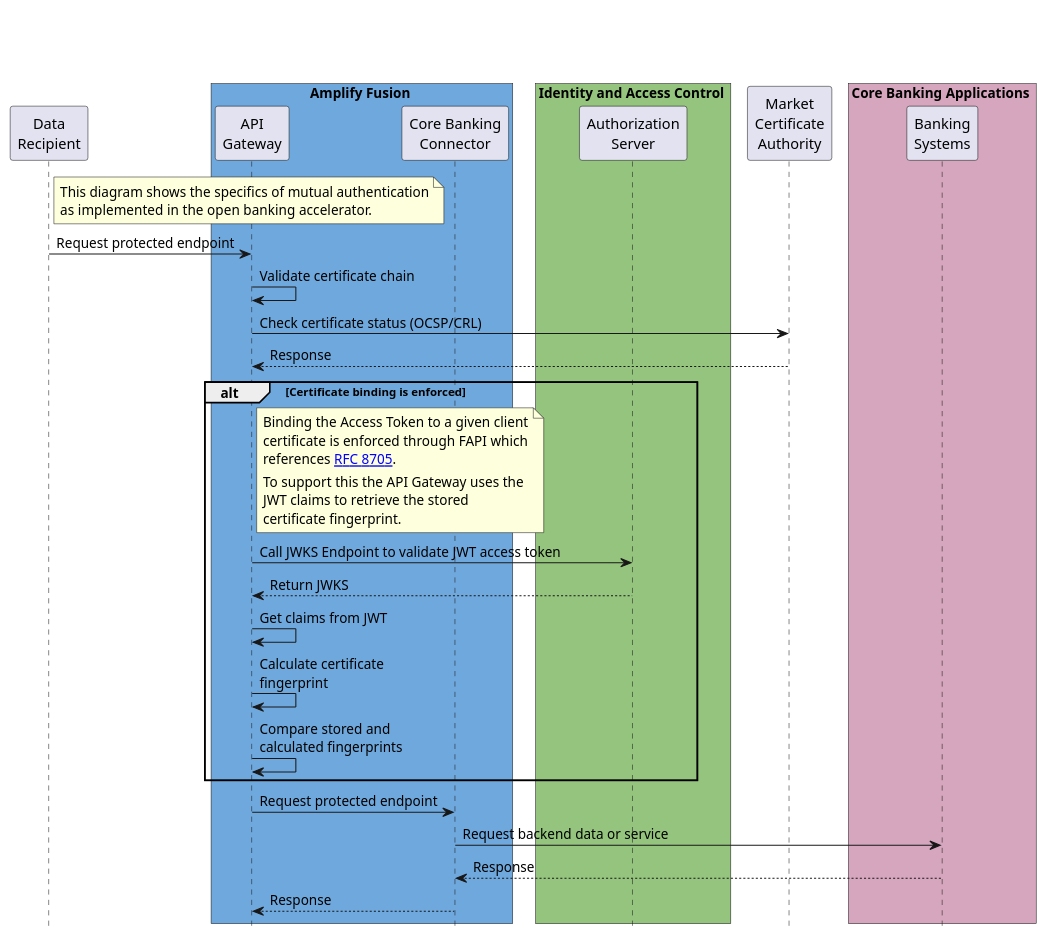
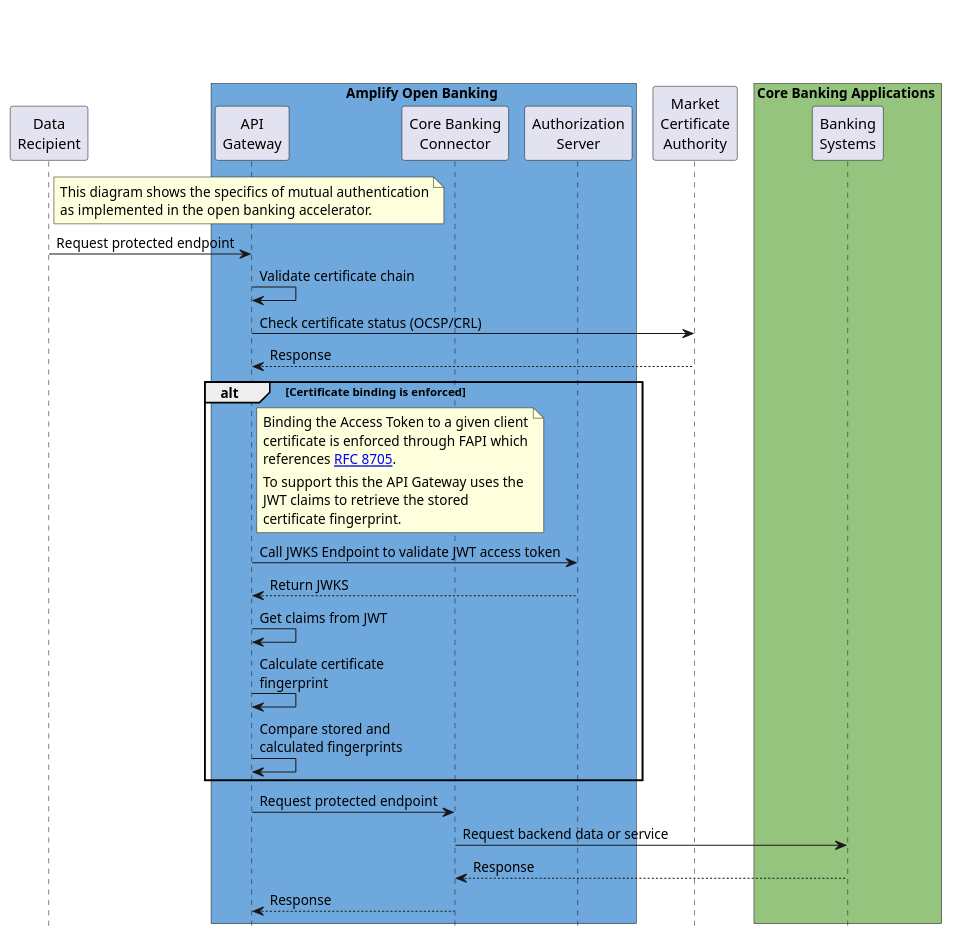
Before and after one commit to Axway/open-banking-docs: the diagram in src/plant-uml/mtls-termination-verification.puml, drawn with PlantUML. The commit also changed 7 other files, not shown here.

```diff
--- a/src/plant-uml/mtls-termination-verification.puml
+++ b/src/plant-uml/mtls-termination-verification.puml
@@ -1,61 +1,58 @@
 @startuml Mutual_Authentication_Sequence
 
 title \n\n
 
 participant "Data\nRecipient" as DR
 
-box Amplify Fusion #6FA8DC
+box Amplify Open Banking #6FA8DC
 participant "API\nGateway" as API_GATEWAY
 participant "Core Banking\nConnector" as CBC
-end box
-
-box Identity and Access Control #94c47d
 participant "Authorization\nServer" as IAM
 end box
 
 participant "Market\nCertificate\nAuthority" as CA
 ' participant "JSON Web\nKey Set" as OBD_JWKS
 
-box Core Banking Applications #d5a6bd
+box Core Banking Applications #94c47d
 participant "Banking\nSystems" as ASPSP_API
 end box
 
 hide footbox
 'skinparam defaultFontName Roboto
 skinparam BoxPadding 10
 
 note right of DR
 This diagram shows the specifics of mutual authentication
 as implemented in the open banking accelerator.
 end note
 
 DR -> API_GATEWAY: Request protected endpoint
 API_GATEWAY -> API_GATEWAY: Validate certificate chain
 API_GATEWAY -> CA: Check certificate status (OCSP/CRL)
 API_GATEWAY <-- CA: Response
 
 alt Certificate binding is enforced
 
 note right of API_GATEWAY
 Binding the Access Token to a given client
 certificate is enforced through FAPI which
 references [[https://datatracker.ietf.org/doc/html/rfc8705 RFC 8705]].
 |||
 To support this the API Gateway uses the
 JWT claims to retrieve the stored 
 certificate fingerprint.
 end note
 
 API_GATEWAY -> IAM: Call JWKS Endpoint to validate JWT access token
 API_GATEWAY <-- IAM: Return JWKS
 API_GATEWAY -> API_GATEWAY: Get claims from JWT
 API_GATEWAY -> API_GATEWAY: Calculate certificate\nfingerprint
 API_GATEWAY -> API_GATEWAY: Compare stored and\ncalculated fingerprints
 end alt
 
 API_GATEWAY -> CBC: Request protected endpoint
 CBC -> ASPSP_API: Request backend data or service
 CBC <-- ASPSP_API: Response
 API_GATEWAY <-- CBC: Response
 
 @enduml
```
